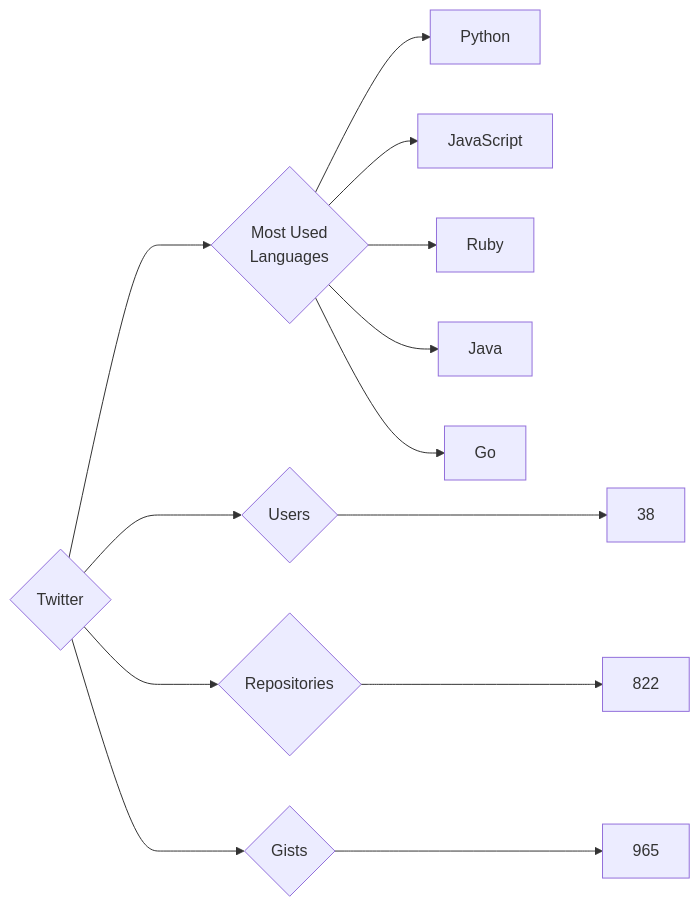
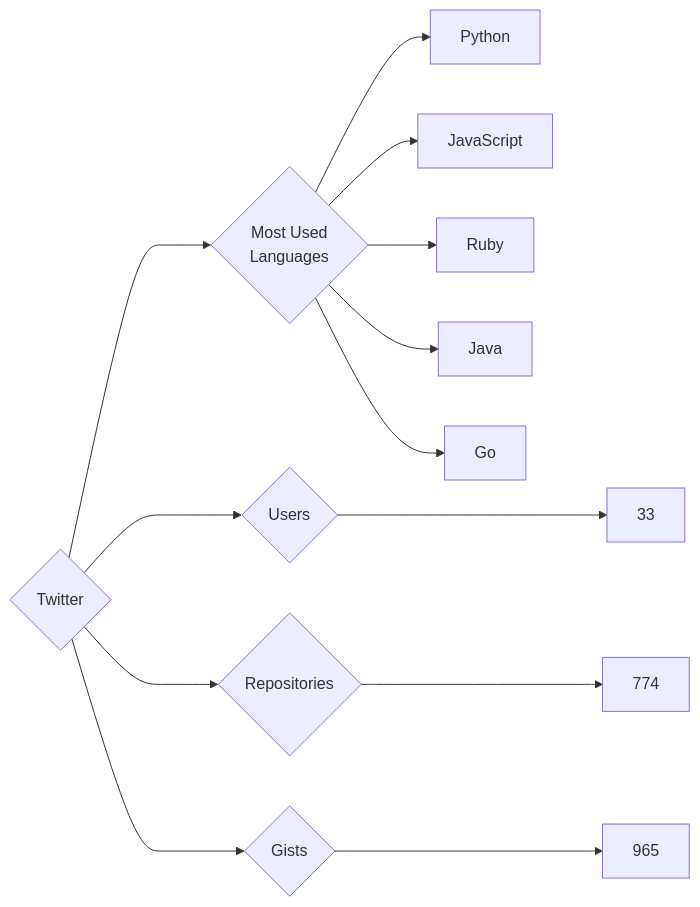
One commit to trickest/insiders changed the diagram in targets/Twitter/README.md. Above: the diagram before and after it, drawn with Mermaid. The commit also changed 895 other files, not shown here.

````diff
--- a/targets/Twitter/README.md
+++ b/targets/Twitter/README.md
@@ -3,13 +3,13 @@
 ```mermaid
 graph LR
 COMPANY_NAME{Twitter}
-COMPANY_NAME ---> U{Users} ---> UN[38]
-COMPANY_NAME ---> R{Repositories} ---> RN[822]
+COMPANY_NAME ---> U{Users} ---> UN[33]
+COMPANY_NAME ---> R{Repositories} ---> RN[774]
 COMPANY_NAME ---> G{Gists} ---> GN[965]
 COMPANY_NAME ---> ML{Most Used<br>Languages}
 ML --> Python[Python]
 ML --> JavaScript[JavaScript]
 ML --> Ruby[Ruby]
 ML --> Java[Java]
 ML --> Go[Go]
 ```
````
